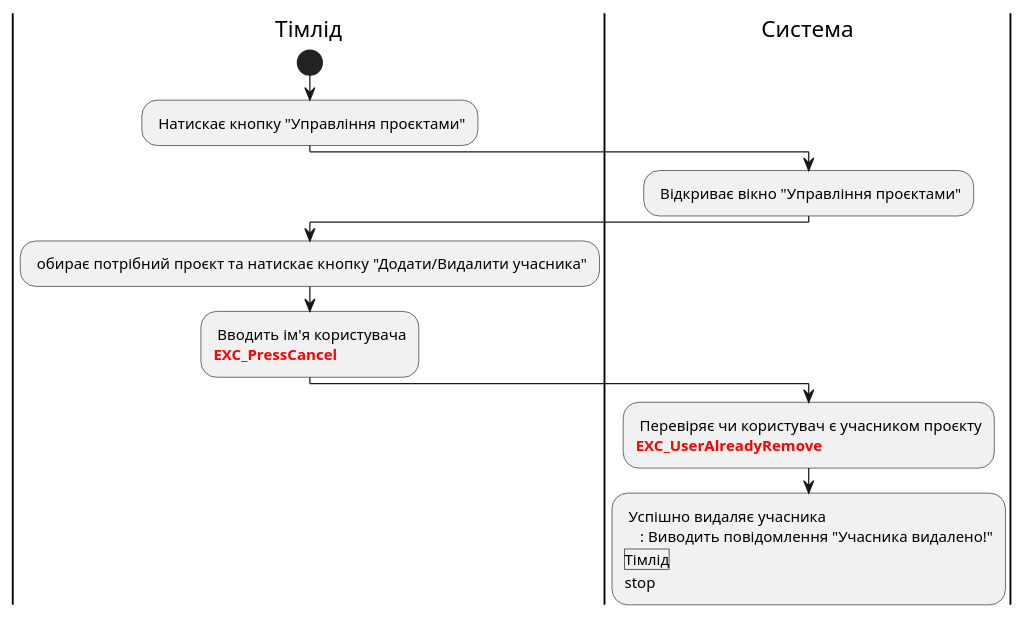
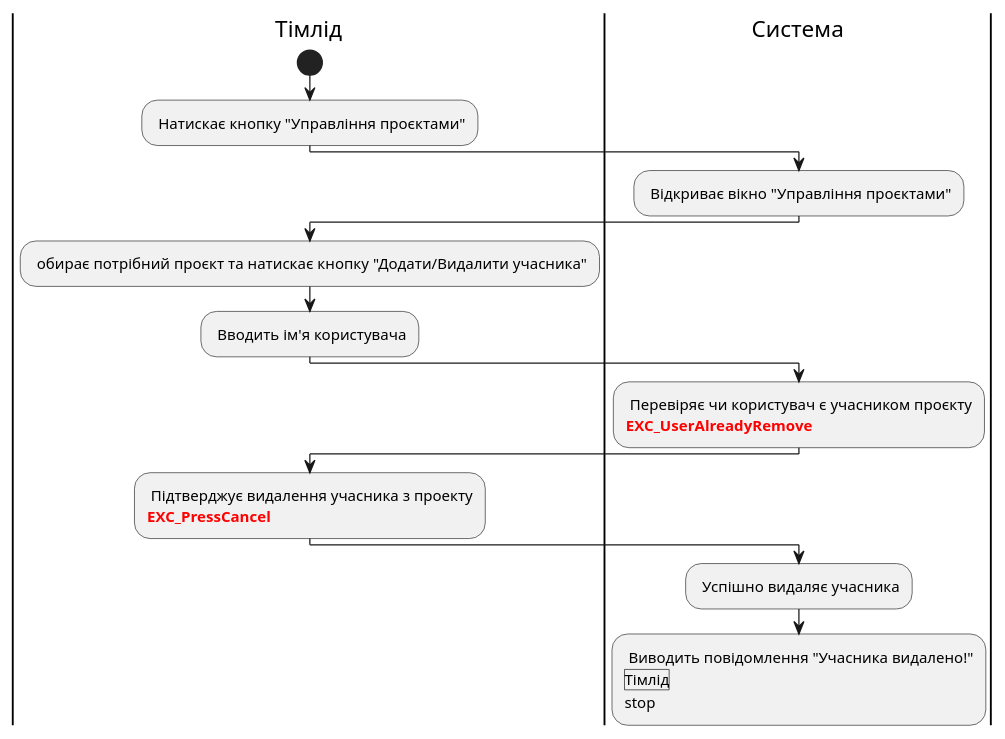
The second of 2 diagrams in docs/use cases/README.md (io-23SklyarAnton/pupsiki-bd), drawn with PlantUML before and after one commit. The commit also changed other lines of this file, not shown here.

```diff
--- a/docs/use cases/README.md
+++ b/docs/use cases/README.md
@@ -44,20 +43,23 @@
 @startuml
 
     |Тімлід|
     start;
         : Натискає кнопку "Управління проєктами";
     |Система|
         : Відкриває вікно "Управління проєктами";
     |Тімлід|
         : обирає потрібний проєкт та натискає кнопку "Додати/Видалити учасника";
-        : Вводить ім'я користувача
-        <font color="red"><b>EXC_PressCancel;
+        : Вводить ім'я користувача;
     |Система|
         : Перевіряє чи користувач є учасником проєкту
         <font color="red"><b>EXC_UserAlreadyRemove;
-        : Успішно видаляє учасника
+    |Тімлід|
+        : Підтверджує видалення учасника з проекту
+        <font color="red"><b>EXC_PressCancel;
+    |Система|
+        : Успішно видаляє учасника;
         : Виводить повідомлення "Учасника видалено!"
     |Тімлід|
     stop;
 
 @enduml
```
